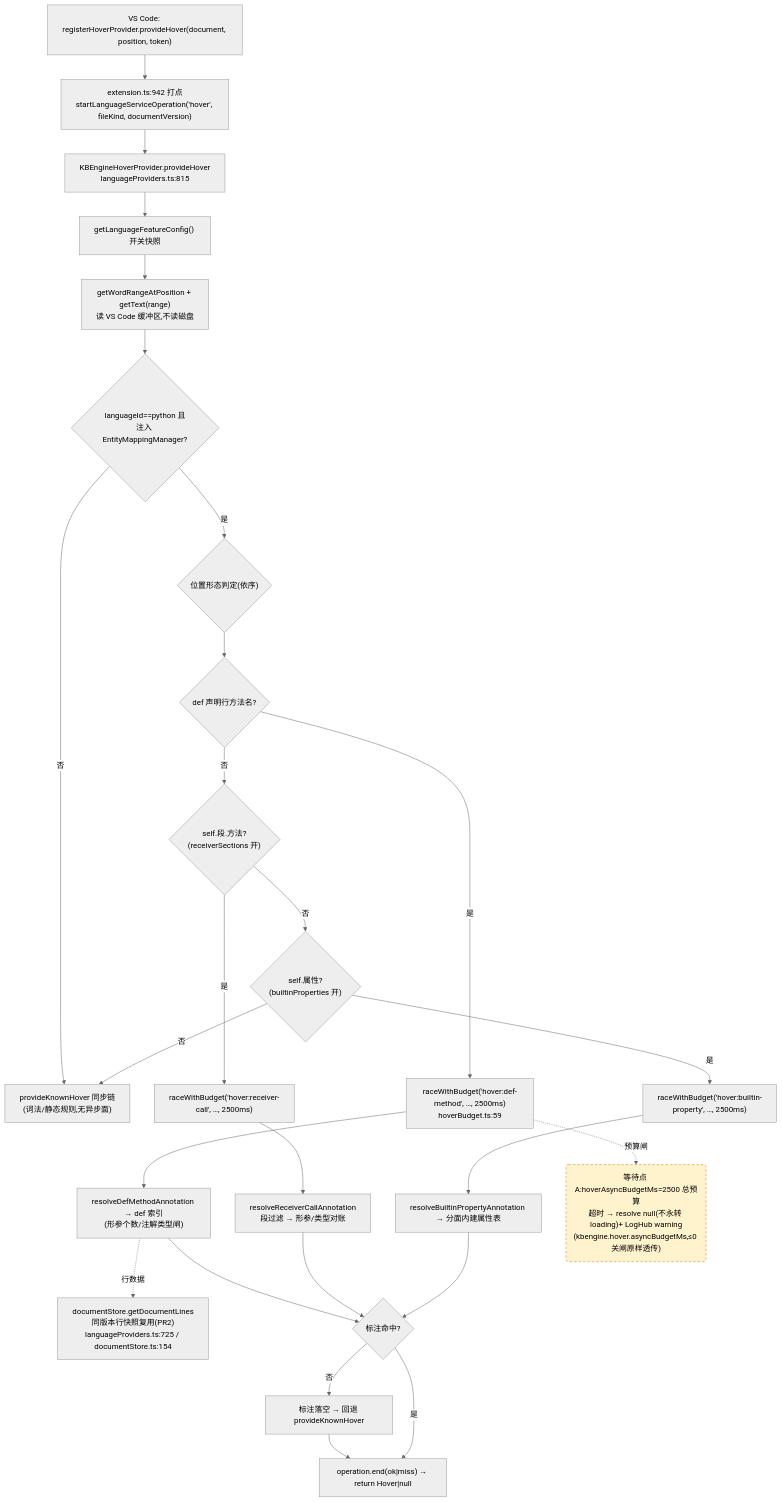
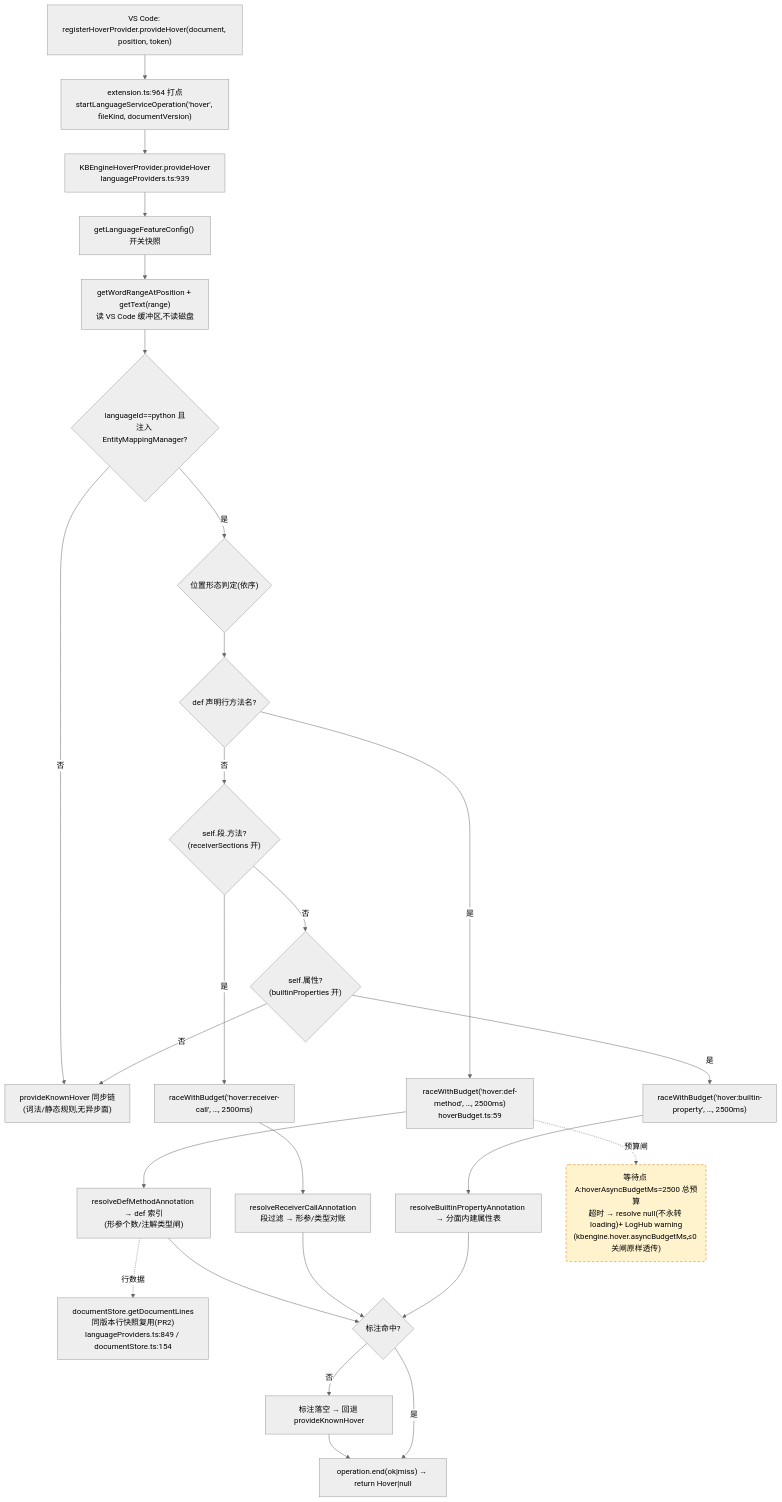
Before and after one commit to cuihairu/kode: the first of 4 diagrams in docs/perf/2026-baseline.md, drawn with Mermaid (neutral theme). The commit also changed other lines of this file and 48 other files, not shown here.

````diff
--- a/docs/perf/2026-baseline.md
+++ b/docs/perf/2026-baseline.md
@@ -82,45 +82,45 @@
 ```mermaid
 flowchart TD
   VC1["VS Code: registerHoverProvider.provideHover(document, position, token)"]
-  M1["extension.ts:942 打点<br/>startLanguageServiceOperation('hover', fileKind, documentVersion)"]
-  HP["KBEngineHoverProvider.provideHover<br/>languageProviders.ts:815"]
+  M1["extension.ts:964 打点<br/>startLanguageServiceOperation('hover', fileKind, documentVersion)"]
+  HP["KBEngineHoverProvider.provideHover<br/>languageProviders.ts:939"]
   CFG["getLanguageFeatureConfig() 开关快照"]
   WORD["getWordRangeAtPosition + getText(range)<br/>读 VS Code 缓冲区,不读磁盘"]
   BR{"languageId==python 且<br/>注入 EntityMappingManager?"}
   KN["provideKnownHover 同步链<br/>(词法/静态规则,无异步面)"]
   POS{"位置形态判定(依序)"}
   D1{"def 声明行方法名?"}
   D2{"self.段.方法?<br/>(receiverSections 开)"}
   D3{"self.属性?<br/>(builtinProperties 开)"}
   RA1["raceWithBudget('hover:def-method', …, 2500ms)<br/>hoverBudget.ts:59"]
   RA2["raceWithBudget('hover:receiver-call', …, 2500ms)"]
   RA3["raceWithBudget('hover:builtin-property', …, 2500ms)"]
   RS1["resolveDefMethodAnnotation → def 索引<br/>(形参个数/注解类型闸)"]
   RS2["resolveReceiverCallAnnotation<br/>段过滤 → 形参/类型对账"]
   RS3["resolveBuiltinPropertyAnnotation → 分面内建属性表"]
-  LINES["documentStore.getDocumentLines<br/>同版本行快照复用(PR2)<br/>languageProviders.ts:725 / documentStore.ts:154"]
+  LINES["documentStore.getDocumentLines<br/>同版本行快照复用(PR2)<br/>languageProviders.ts:849 / documentStore.ts:154"]
   MISS["标注落空 → 回退 provideKnownHover"]
   END1["operation.end(ok|miss) → return Hover|null"]
 
   VC1 --> M1 --> HP --> CFG --> WORD --> BR
   BR -- "否" --> KN
   BR -- "是" --> POS --> D1
   D1 -- "是" --> RA1 --> RS1
   D1 -- "否" --> D2
   D2 -- "是" --> RA2 --> RS2
   D2 -- "否" --> D3
   D3 -- "是" --> RA3 --> RS3
   D3 -- "否" --> KN
   RS1 --> HIT{"标注命中?"}
   RS2 --> HIT
   RS3 --> HIT
   RS1 -.->|行数据| LINES
   HIT -- "否" --> MISS --> END1
   HIT -- "是" --> END1
 
   WAITA("等待点 A:hoverAsyncBudgetMs=2500 总预算<br/>超时 → resolve null(不永转 loading)+ LogHub warning<br/>(kbengine.hover.asyncBudgetMs,≤0 关闸原样透传)")
   RA1 -.->|预算闸| WAITA
 
   classDef waitPoint fill:#fff3cd,stroke:#d97706,stroke-dasharray:5 4;
   class WAITA waitPoint;
 ```
````
